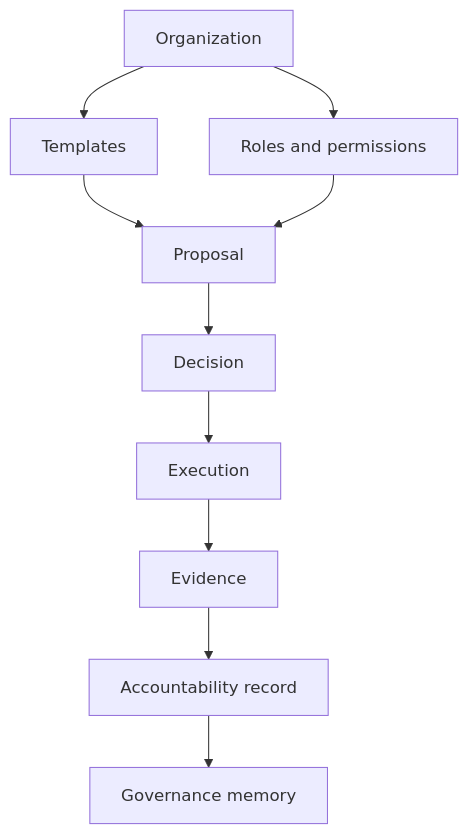
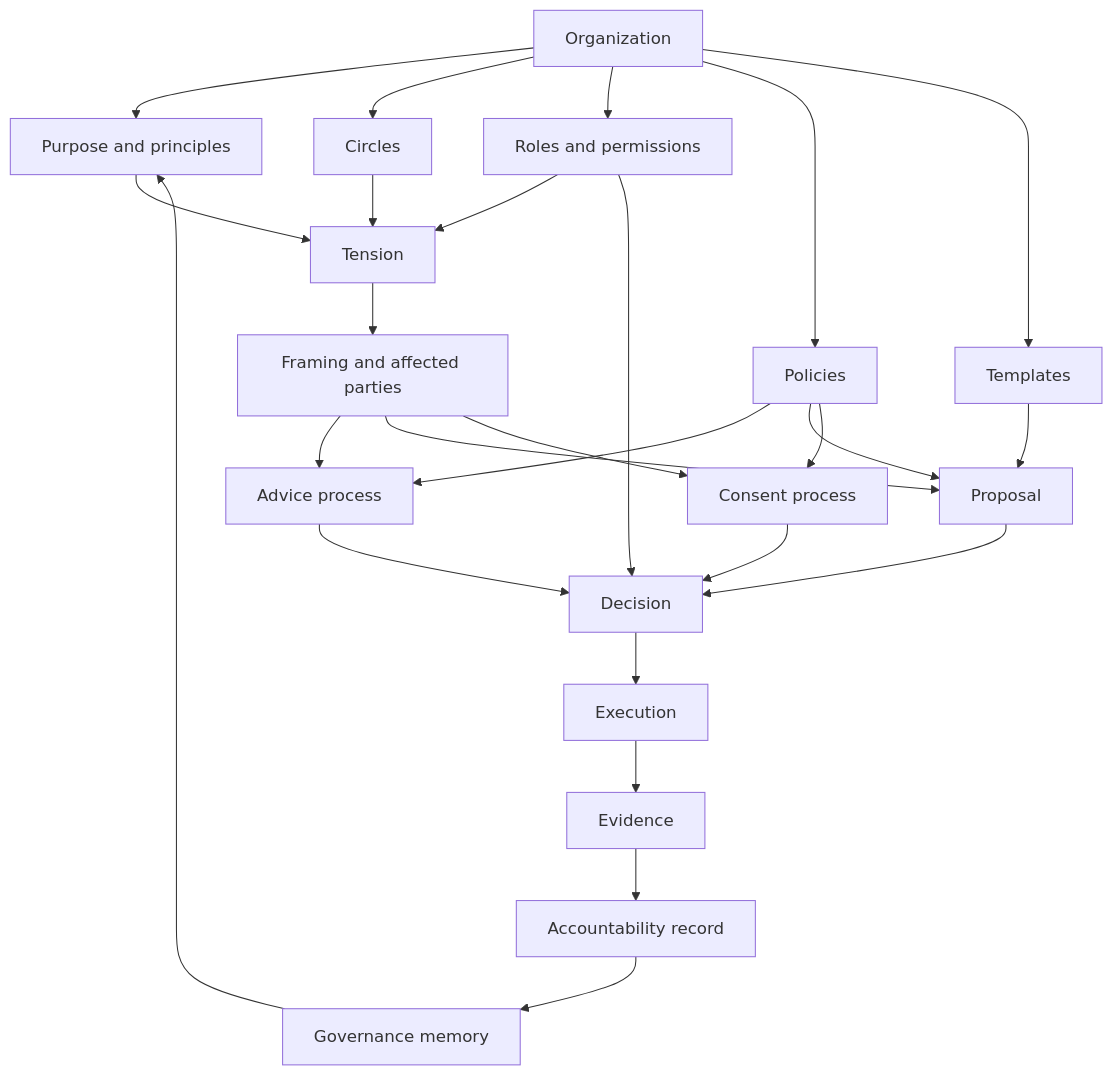
One commit to isoniaos/docs changed the first of 3 diagrams in site/whitepaper.md. Above: the diagram before and after it, drawn with Mermaid. The commit also changed other lines of this file and 3 other files, not shown here.

````diff
--- a/site/whitepaper.md
+++ b/site/whitepaper.md
@@ -100,12 +158,28 @@
 ```mermaid
 flowchart TD
-  Org["Organization"] --> Roles["Roles and permissions"]
+  Org["Organization"] --> Purpose["Purpose and principles"]
+  Org --> Circles["Circles"]
+  Org --> Roles["Roles and permissions"]
+  Org --> Policies["Policies"]
   Org --> Templates["Templates"]
-  Templates --> Proposal["Proposal"]
-  Roles --> Proposal
-  Proposal --> Decision["Decision"]
+  Purpose --> Tension["Tension"]
+  Circles --> Tension
+  Roles --> Tension
+  Tension --> Framing["Framing and affected parties"]
+  Framing --> Advice["Advice process"]
+  Framing --> Proposal["Proposal"]
+  Framing --> Consent["Consent process"]
+  Policies --> Advice
+  Policies --> Proposal
+  Policies --> Consent
+  Templates --> Proposal
+  Roles --> Decision["Decision"]
+  Advice --> Decision
+  Proposal --> Decision
+  Consent --> Decision
   Decision --> Execution["Execution"]
   Execution --> Evidence["Evidence"]
   Evidence --> Accountability["Accountability record"]
   Accountability --> Memory["Governance memory"]
+  Memory --> Purpose
 ```
````
